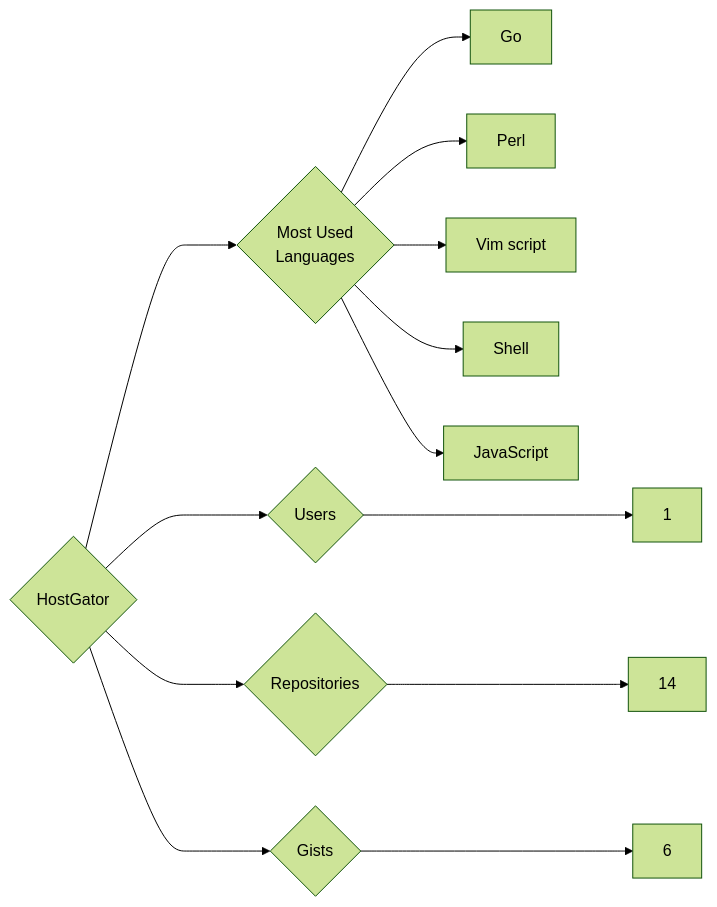
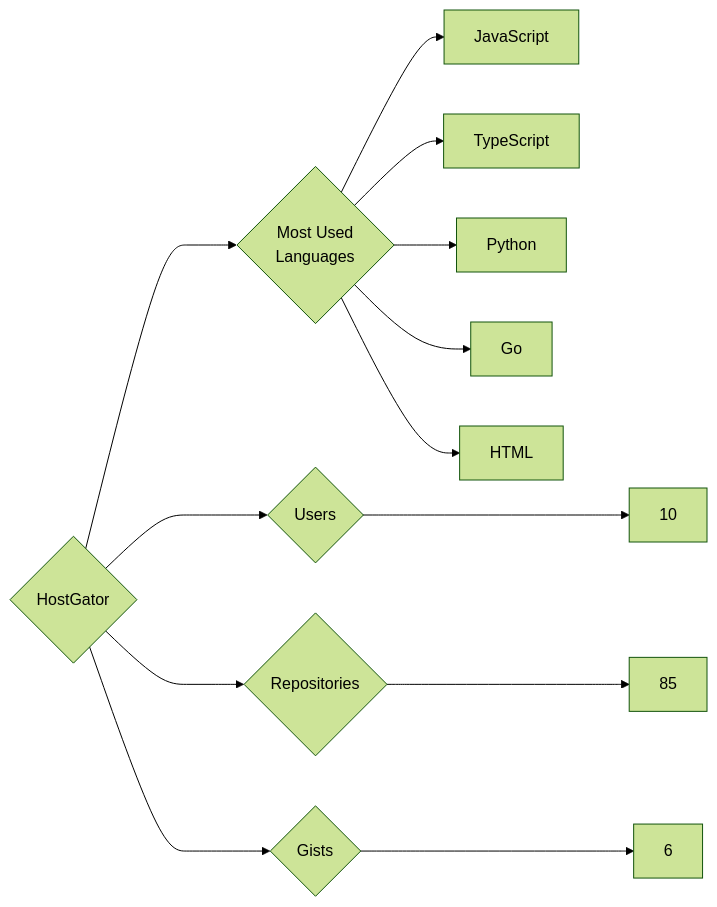
The diagram in targets/HostGator/README.md (trickest/insiders), drawn with Mermaid (forest theme) before and after one commit. The commit also changed 720 other files, not shown here.

````diff
--- a/targets/HostGator/README.md
+++ b/targets/HostGator/README.md
@@ -3,13 +3,13 @@
 ```mermaid
 graph LR
 COMPANY_NAME{HostGator}
-COMPANY_NAME ---> U{Users} ---> UN[1]
-COMPANY_NAME ---> R{Repositories} ---> RN[14]
+COMPANY_NAME ---> U{Users} ---> UN[10]
+COMPANY_NAME ---> R{Repositories} ---> RN[85]
 COMPANY_NAME ---> G{Gists} ---> GN[6]
 COMPANY_NAME ---> ML{Most Used<br>Languages}
+ML --> JavaScript[JavaScript]
+ML --> TypeScript[TypeScript]
+ML --> Python[Python]
 ML --> Go[Go]
-ML --> Perl[Perl]
-ML --> Vim_script[Vim script]
-ML --> Shell[Shell]
-ML --> JavaScript[JavaScript]
+ML --> HTML[HTML]
 ```
````
